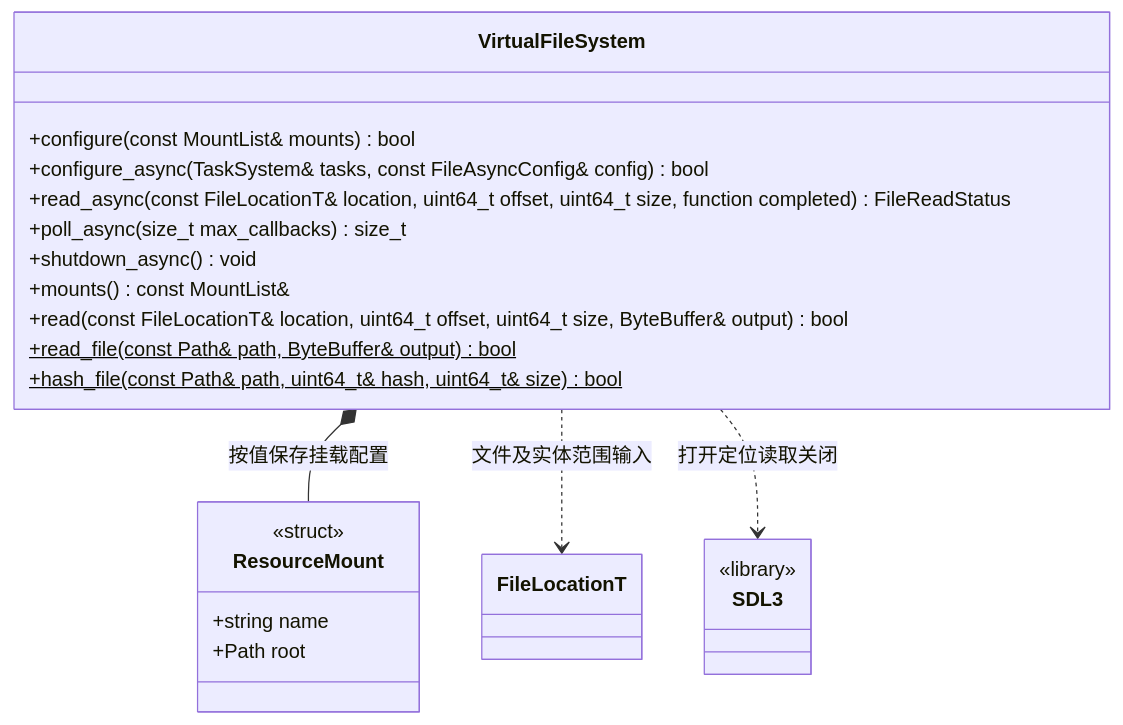
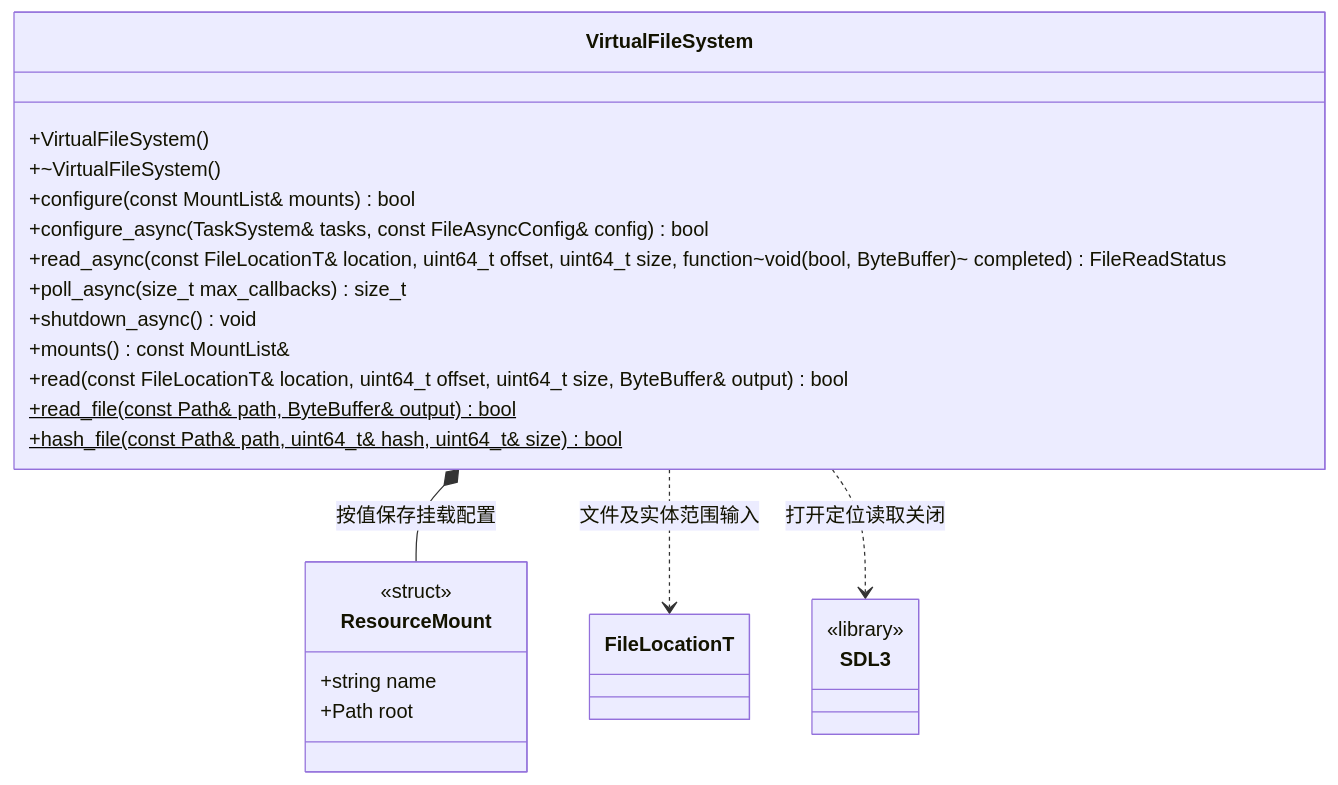
The first of 3 diagrams in docs/runtime/class-diagrams/virtual-file-system.md (lcals/Engine), drawn with Mermaid before and after one commit. The commit also changed 222 other files, not shown here.

Commit message:
Consolidate editor asset imports and align architecture documentation

````diff
--- a/docs/runtime/class-diagrams/virtual-file-system.md
+++ b/docs/runtime/class-diagrams/virtual-file-system.md
@@ -7,26 +7,28 @@
 ```mermaid
 classDiagram
     class VirtualFileSystem {
+        +VirtualFileSystem()
+        +~VirtualFileSystem()
         +configure(const MountList& mounts) bool
         +configure_async(TaskSystem& tasks, const FileAsyncConfig& config) bool
-        +read_async(const FileLocationT& location, uint64_t offset, uint64_t size, function completed) FileReadStatus
+        +read_async(const FileLocationT& location, uint64_t offset, uint64_t size, function~void(bool, ByteBuffer)~ completed) FileReadStatus
         +poll_async(size_t max_callbacks) size_t
         +shutdown_async() void
         +mounts() const MountList&
         +read(const FileLocationT& location, uint64_t offset, uint64_t size, ByteBuffer& output) bool
         +read_file(const Path& path, ByteBuffer& output) bool$
         +hash_file(const Path& path, uint64_t& hash, uint64_t& size) bool$
     }
     class ResourceMount {
         <<struct>>
         +string name
         +Path root
     }
     class FileLocationT
     class SDL3 {
         <<library>>
     }
     VirtualFileSystem *-- ResourceMount : 按值保存挂载配置
     VirtualFileSystem ..> FileLocationT : 文件及实体范围输入
     VirtualFileSystem ..> SDL3 : 打开定位读取关闭
 ```
````
